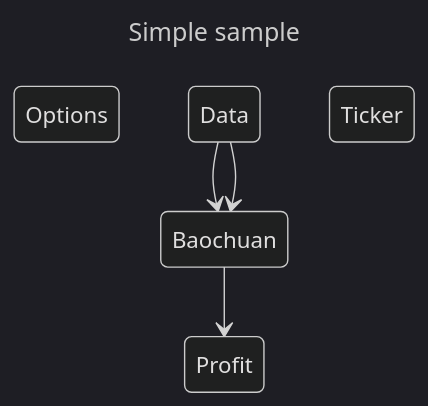
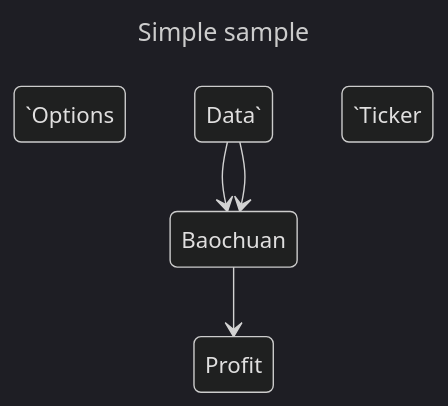
Before and after one commit to ssoper/Baochuan: the diagram in README.md, drawn with Mermaid (dark theme).

Commit message:
backticks

````diff
--- a/README.md
+++ b/README.md
@@ -7,9 +7,9 @@
 ```mermaid
 ---
 title: Simple sample
 ---
 stateDiagram-v2
-    Options Data --> Baochuan
-    Ticker Data --> Baochuan
+    `Options Data` --> Baochuan
+    `Ticker Data` --> Baochuan
     Baochuan --> Profit
 ```
````
